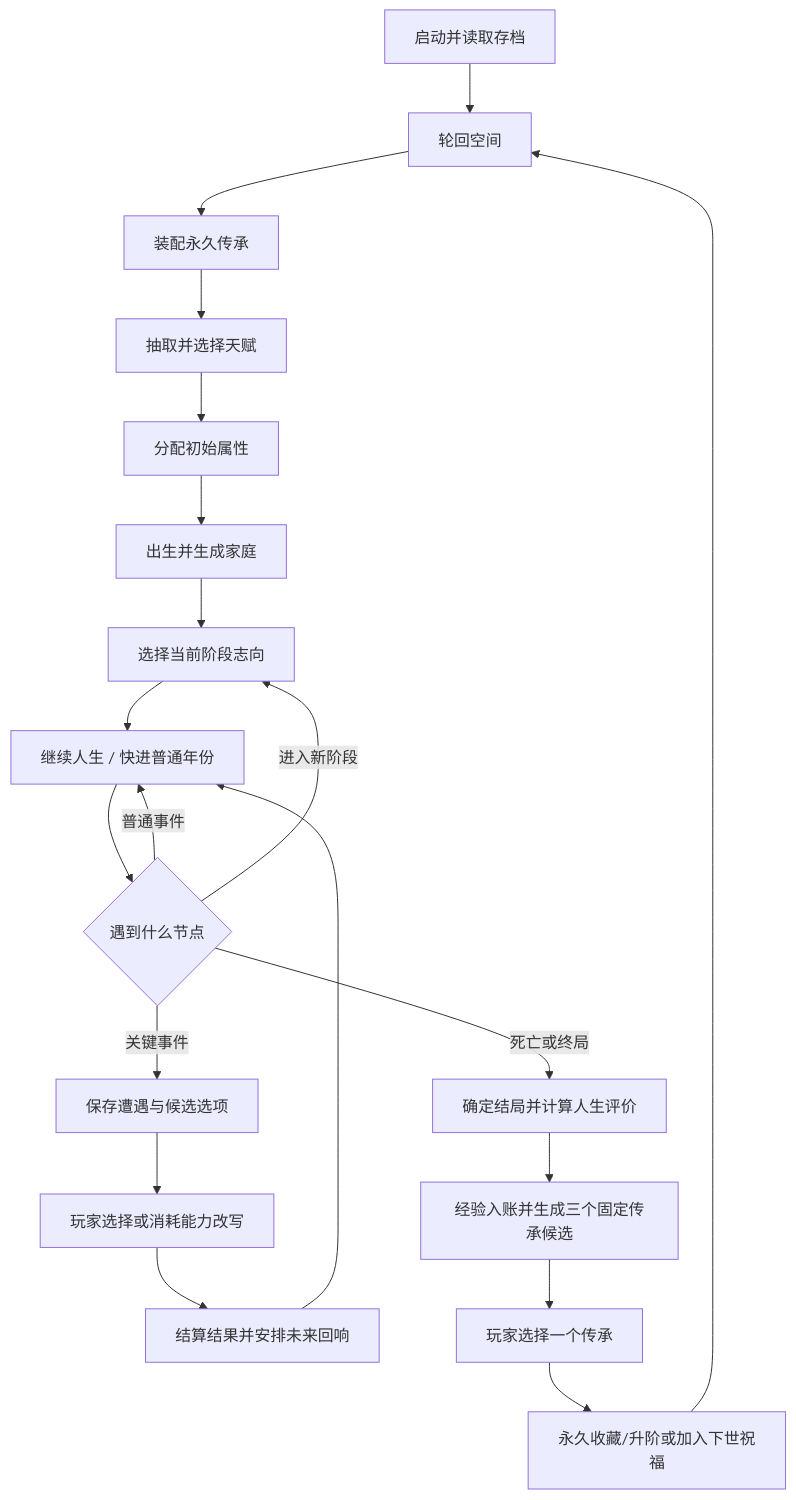
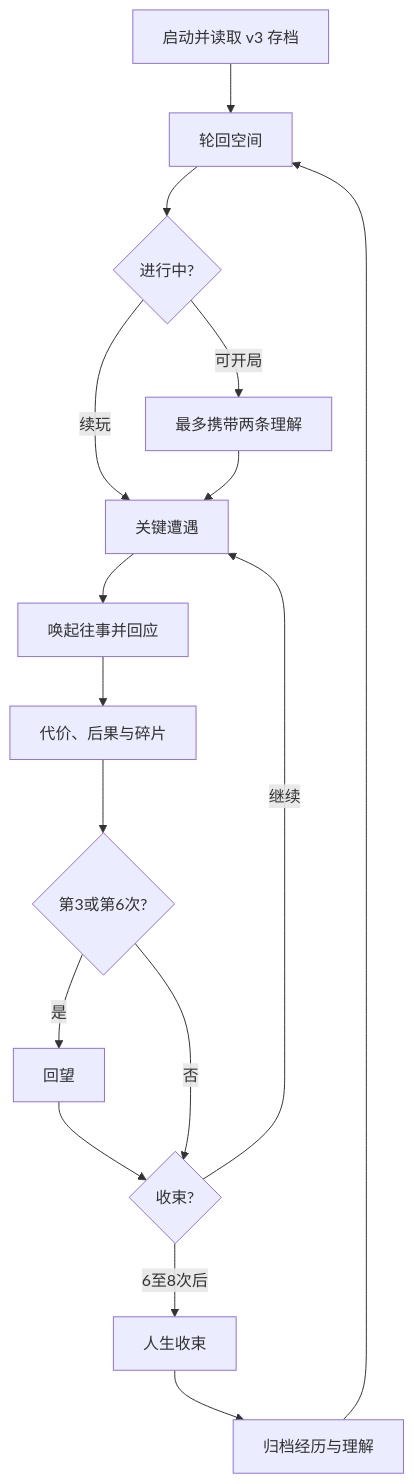
The first of 2 diagrams in Game_Design.md (lemon08x/reincarnation-life), drawn with Mermaid before and after one commit. The commit also changed other lines of this file and 31 other files, not shown here.

````diff
--- a/Game_Design.md
+++ b/Game_Design.md
@@ -62,22 +63,18 @@
 ```mermaid
 flowchart TD
-    A[启动并读取存档] --> B[轮回空间]
-    B --> C[装配永久传承]
-    C --> D[抽取并选择天赋]
-    D --> E[分配初始属性]
-    E --> F[出生并生成家庭]
-    F --> G[选择当前阶段志向]
-    G --> H[继续人生 / 快进普通年份]
-    H --> I{遇到什么节点}
-    I -->|普通事件| H
-    I -->|进入新阶段| G
-    I -->|关键事件| J[保存遭遇与候选选项]
-    J --> K[玩家选择或消耗能力改写]
-    K --> L[结算结果并安排未来回响]
-    L --> H
-    I -->|死亡或终局| M[确定结局并计算人生评价]
-    M --> N[经验入账并生成三个固定传承候选]
-    N --> O[玩家选择一个传承]
-    O --> P[永久收藏/升阶或加入下世祝福]
-    P --> B
+    A[启动并读取 v3 存档] --> B[轮回空间]
+    B --> C{进行中?}
+    C -->|续玩| E[关键遭遇]
+    C -->|可开局| D[最多携带两条理解]
+    D --> E
+    E --> F[唤起往事并回应]
+    F --> G[代价、后果与碎片]
+    G --> H{第3或第6次?}
+    H -->|是| I[回望]
+    I --> J{收束?}
+    H -->|否| J
+    J -->|继续| E
+    J -->|6至8次后| K[人生收束]
+    K --> L[归档经历与理解]
+    L --> B
 ```
````
